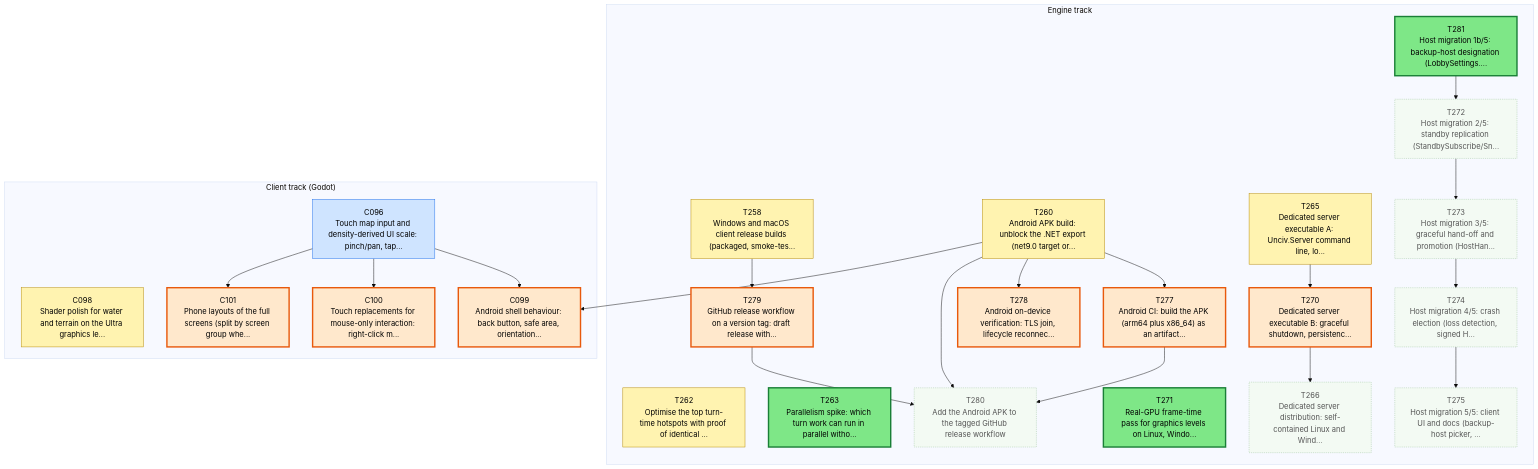
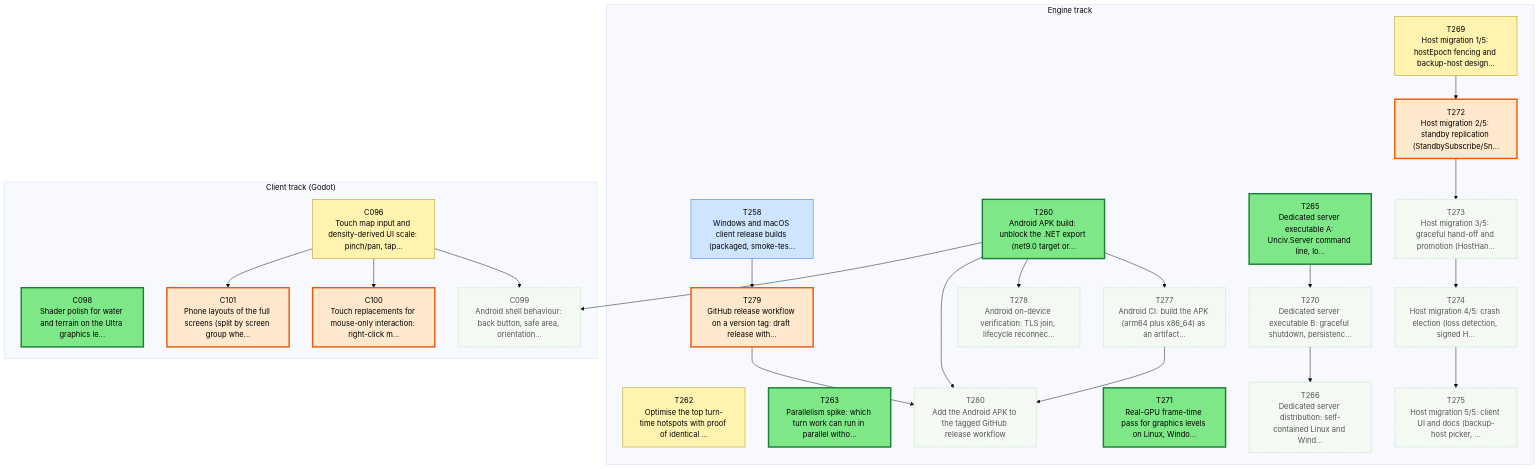
The first of 3 diagrams in csharp/migration/DEPENDENCY_MAP.md (Kenmura/Unciv), drawn with Mermaid (base theme) before and after one commit. The commit also changed other lines of this file and 11 other files, not shown here.

````diff
--- a/csharp/migration/DEPENDENCY_MAP.md
+++ b/csharp/migration/DEPENDENCY_MAP.md
@@ -35,74 +35,74 @@
 ```mermaid
 flowchart TD
   subgraph TTRACK["Engine track"]
     T258["T258<br/>Windows and macOS client release builds (packaged, smoke-tes..."]
     T260["T260<br/>Android APK build: unblock the .NET export (net9.0 target or..."]
     T262["T262<br/>Optimise the top turn-time hotspots with proof of identical ..."]
     T263["T263<br/>Parallelism spike: which turn work can run in parallel witho..."]
     T265["T265<br/>Dedicated server executable A: Unciv.Server command line, lo..."]
     T266["T266<br/>Dedicated server distribution: self-contained Linux and Wind..."]
+    T269["T269<br/>Host migration 1/5: hostEpoch fencing and backup-host design..."]
     T270["T270<br/>Dedicated server executable B: graceful shutdown, persistenc..."]
     T271["T271<br/>Real-GPU frame-time pass for graphics levels on Linux, Windo..."]
     T272["T272<br/>Host migration 2/5: standby replication (StandbySubscribe/Sn..."]
     T273["T273<br/>Host migration 3/5: graceful hand-off and promotion (HostHan..."]
     T274["T274<br/>Host migration 4/5: crash election (loss detection, signed H..."]
     T275["T275<br/>Host migration 5/5: client UI and docs (backup-host picker, ..."]
     T277["T277<br/>Android CI: build the APK (arm64 plus x86_64) as an artifact..."]
     T278["T278<br/>Android on-device verification: TLS join, lifecycle reconnec..."]
     T279["T279<br/>GitHub release workflow on a version tag: draft release with..."]
     T280["T280<br/>Add the Android APK to the tagged GitHub release workflow"]
-    T281["T281<br/>Host migration 1b/5: backup-host designation (LobbySettings...."]
   end
   subgraph CTRACK["Client track (Godot)"]
     C096["C096<br/>Touch map input and density-derived UI scale: pinch/pan, tap..."]
     C098["C098<br/>Shader polish for water and terrain on the Ultra graphics le..."]
     C099["C099<br/>Android shell behaviour: back button, safe area, orientation..."]
     C100["C100<br/>Touch replacements for mouse-only interaction: right-click m..."]
     C101["C101<br/>Phone layouts of the full screens (split by screen group whe..."]
   end
   T270 --> T266
   T265 --> T270
-  T281 --> T272
+  T269 --> T272
   T272 --> T273
   T273 --> T274
   T274 --> T275
   T260 --> T277
   T260 --> T278
   T258 --> T279
   T279 --> T280
   T260 --> T280
   T277 --> T280
   T260 --> C099
   C096 --> C099
   C096 --> C100
   C096 --> C101
   classDef waiting fill:#f3faf3,stroke:#9bc49b,color:#555,stroke-dasharray:2 2
   classDef ondeck fill:#ffe8cc,stroke:#e8590c,stroke-width:3px,color:#000
   classDef ready fill:#7ee787,stroke:#1a7f37,stroke-width:3px,color:#000
   classDef prog fill:#fff3b0,stroke:#b58900,color:#000
   classDef review fill:#cfe4ff,stroke:#1f6feb,color:#000
   classDef blocked fill:#ffd6d6,stroke:#c62828,color:#000
   classDef done fill:#eeeeee,stroke:#999999,color:#666,stroke-dasharray:4 3
-  class C096 review
-  class C098 prog
-  class C099 ondeck
+  class C096 prog
+  class C098 ready
+  class C099 waiting
   class C100 ondeck
   class C101 ondeck
-  class T258 prog
-  class T260 prog
+  class T258 review
+  class T260 ready
   class T262 prog
   class T263 ready
-  class T265 prog
+  class T265 ready
   class T266 waiting
-  class T270 ondeck
+  class T269 prog
+  class T270 waiting
   class T271 ready
-  class T272 waiting
+  class T272 ondeck
   class T273 waiting
   class T274 waiting
   class T275 waiting
-  class T277 ondeck
-  class T278 ondeck
+  class T277 waiting
+  class T278 waiting
   class T279 ondeck
   class T280 waiting
-  class T281 ready
 ```
````
